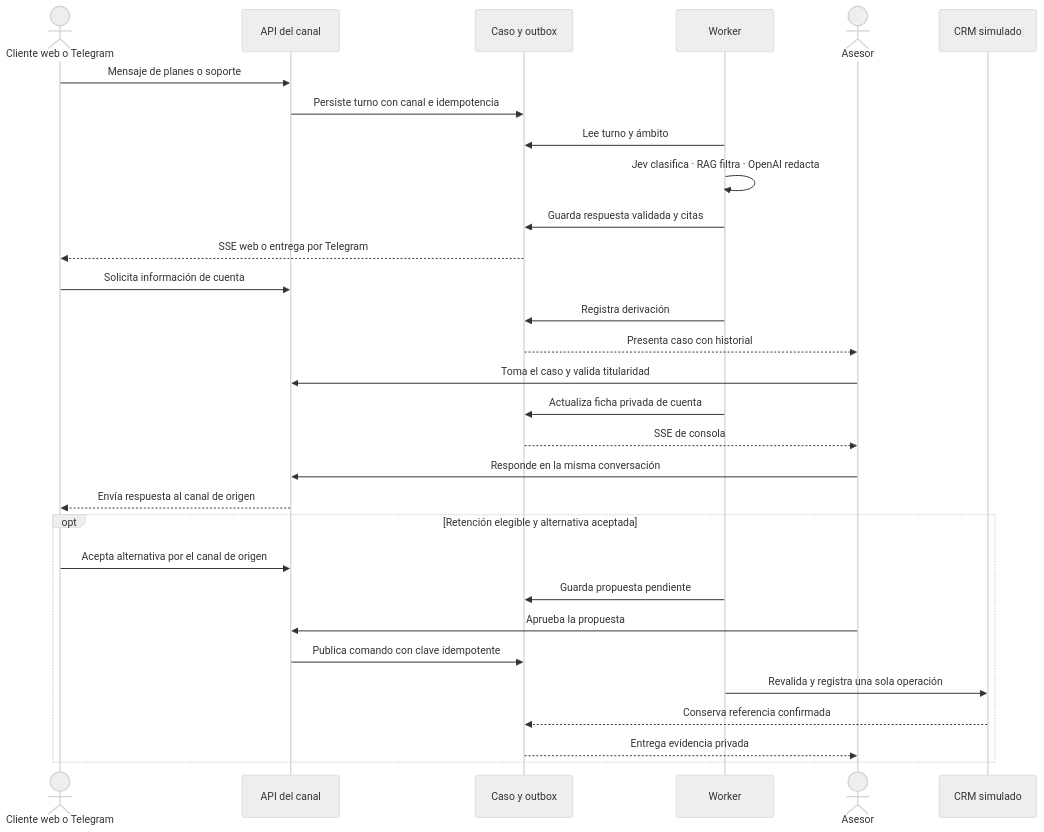
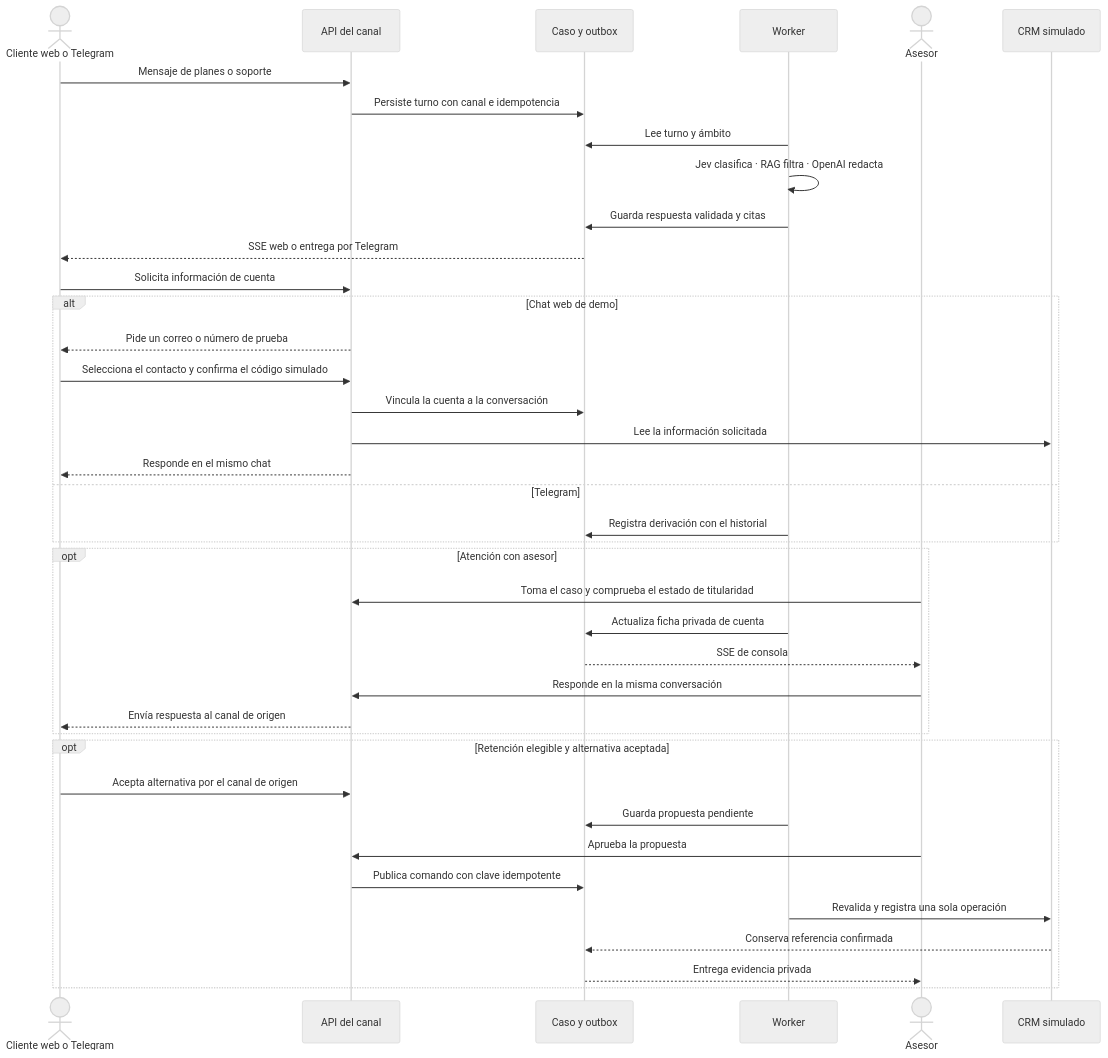
The second of 2 diagrams in docs/02-arquitectura-docker.md (williamvp10/claro-copilot), drawn with Mermaid (neutral theme) before and after one commit. The commit also changed other lines of this file and 14 other files, not shown here.

Commit message:
Verify synthetic customer accounts directly in the web chat

````diff
--- a/docs/02-arquitectura-docker.md
+++ b/docs/02-arquitectura-docker.md
@@ -41,32 +41,41 @@
 ```mermaid
 sequenceDiagram
   actor Client as Cliente web o Telegram
   participant API as API del canal
   participant DB as Caso y outbox
   participant Agent as Worker
   actor Advisor as Asesor
   participant CRM as CRM simulado
   Client->>API: Mensaje de planes o soporte
   API->>DB: Persiste turno con canal e idempotencia
   Agent->>DB: Lee turno y ámbito
   Agent->>Agent: Jev clasifica · RAG filtra · OpenAI redacta
   Agent->>DB: Guarda respuesta validada y citas
   DB-->>Client: SSE web o entrega por Telegram
   Client->>API: Solicita información de cuenta
-  Agent->>DB: Registra derivación
-  DB-->>Advisor: Presenta caso con historial
-  Advisor->>API: Toma el caso y valida titularidad
-  Agent->>DB: Actualiza ficha privada de cuenta
-  DB-->>Advisor: SSE de consola
-  Advisor->>API: Responde en la misma conversación
-  API-->>Client: Envía respuesta al canal de origen
+  alt Chat web de demo
+    API-->>Client: Pide un correo o número de prueba
+    Client->>API: Selecciona el contacto y confirma el código simulado
+    API->>DB: Vincula la cuenta a la conversación
+    API->>CRM: Lee la información solicitada
+    API-->>Client: Responde en el mismo chat
+  else Telegram
+    Agent->>DB: Registra derivación con el historial
+  end
+  opt Atención con asesor
+    Advisor->>API: Toma el caso y comprueba el estado de titularidad
+    Agent->>DB: Actualiza ficha privada de cuenta
+    DB-->>Advisor: SSE de consola
+    Advisor->>API: Responde en la misma conversación
+    API-->>Client: Envía respuesta al canal de origen
+  end
   opt Retención elegible y alternativa aceptada
     Client->>API: Acepta alternativa por el canal de origen
     Agent->>DB: Guarda propuesta pendiente
     Advisor->>API: Aprueba la propuesta
     API->>DB: Publica comando con clave idempotente
     Agent->>CRM: Revalida y registra una sola operación
     CRM-->>DB: Conserva referencia confirmada
     DB-->>Advisor: Entrega evidencia privada
   end
 ```
````
